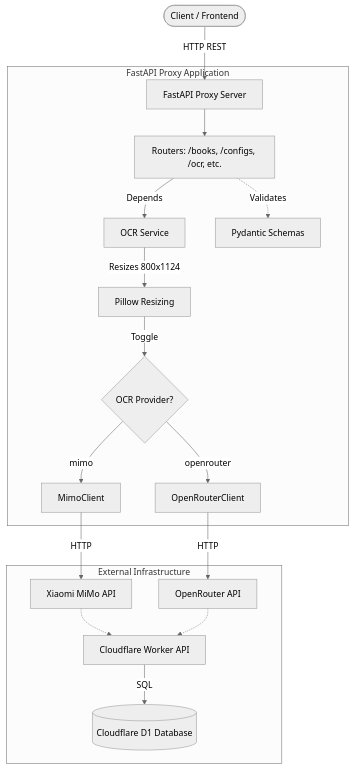
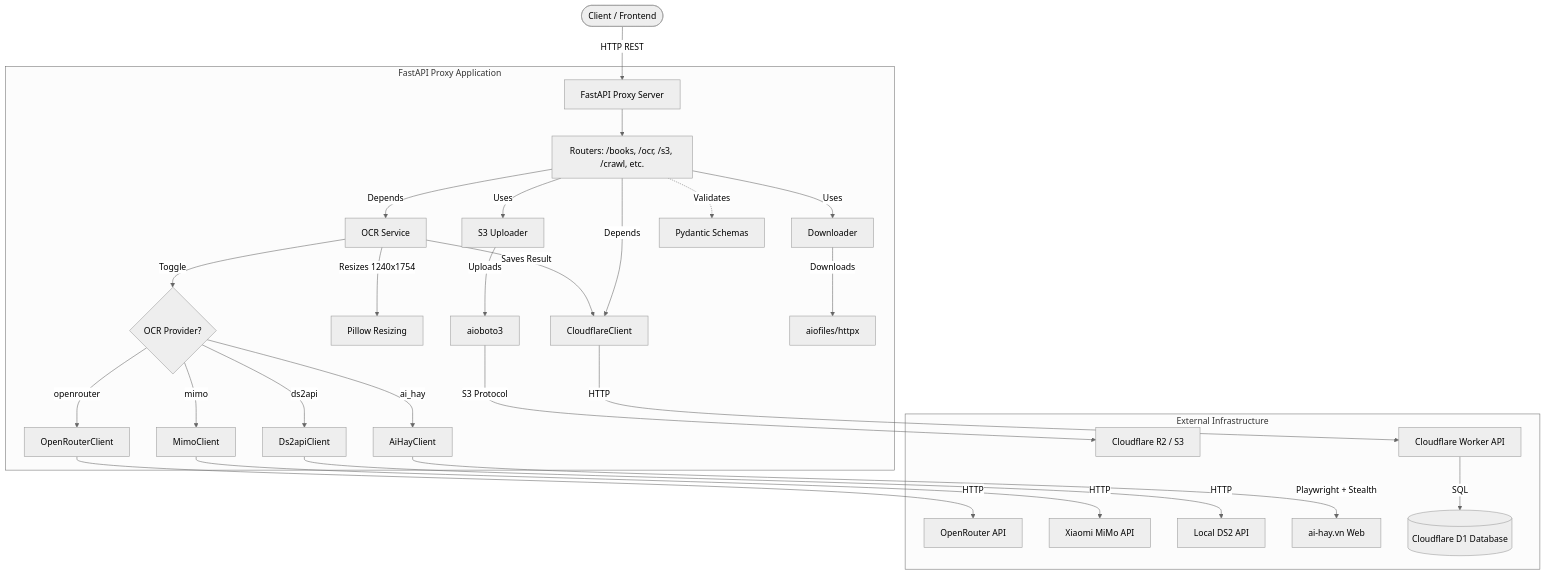
Before and after one commit to baokha04/backup_sgk: the diagram in AGENTS.md, drawn with Mermaid (neutral theme). The commit also changed other lines of this file and 8 other files, not shown here.

````diff
--- a/AGENTS.md
+++ b/AGENTS.md
@@ -57,25 +68,43 @@
 ```mermaid
 graph TD
     %% Actors and Entry Points
     Client([Client / Frontend]) -->|HTTP REST| FastAPI[FastAPI Proxy Server]
     
     %% Internal Proxy Architecture
     subgraph FastAPI Proxy Application
-        FastAPI --> API_Routers[Routers: /books, /configs, /ocr, etc.]
+        FastAPI --> API_Routers[Routers: /books, /ocr, /s3, /crawl, etc.]
+        
         API_Routers --> |Depends| OCR_Service[OCR Service]
-        OCR_Service --> |Resizes 800x1124| ImageProc[Pillow Resizing]
-        ImageProc --> |Toggle| ProviderSelection{OCR Provider?}
+        API_Routers --> |Uses| S3_Service[S3 Uploader]
+        API_Routers --> |Uses| Download_Service[Downloader]
+        API_Routers --> |Depends| CF_Client[CloudflareClient]
+        
+        OCR_Service --> |Resizes 1240x1754| ImageProc[Pillow Resizing]
+        OCR_Service --> |Toggle| ProviderSelection{OCR Provider?}
+        
         ProviderSelection -->|openrouter| OR_Client[OpenRouterClient]
         ProviderSelection -->|mimo| MiMo_Client[MimoClient]
+        ProviderSelection -->|ds2api| DS2_Client[Ds2apiClient]
+        ProviderSelection -->|ai_hay| AiHay_Client[AiHayClient]
+        
+        OCR_Service --> |Saves Result| CF_Client
+        
+        S3_Service -->|Uploads| Boto3[aioboto3]
+        Download_Service -->|Downloads| Aiofiles[aiofiles/httpx]
+        
         API_Routers -.-> |Validates| Schemas[Pydantic Schemas]
     end
     
     %% External Services
     subgraph External Infrastructure
         OR_Client -->|HTTP| OR_API[OpenRouter API]
         MiMo_Client -->|HTTP| MiMo_API[Xiaomi MiMo API]
-        MiMo_API -.-> CF_Worker
-        OR_API -.-> CF_Worker
-        CF_Worker[Cloudflare Worker API] -->|SQL| D1[(Cloudflare D1 Database)]
+        DS2_Client -->|HTTP| LocalAgent[Local DS2 API]
+        AiHay_Client -->|Playwright + Stealth| AiHay_Web[ai-hay.vn Web]
+        
+        Boto3 -->|S3 Protocol| R2[Cloudflare R2 / S3]
+        
+        CF_Client -->|HTTP| CF_Worker[Cloudflare Worker API]
+        CF_Worker -->|SQL| D1[(Cloudflare D1 Database)]
     end
 ```
````
